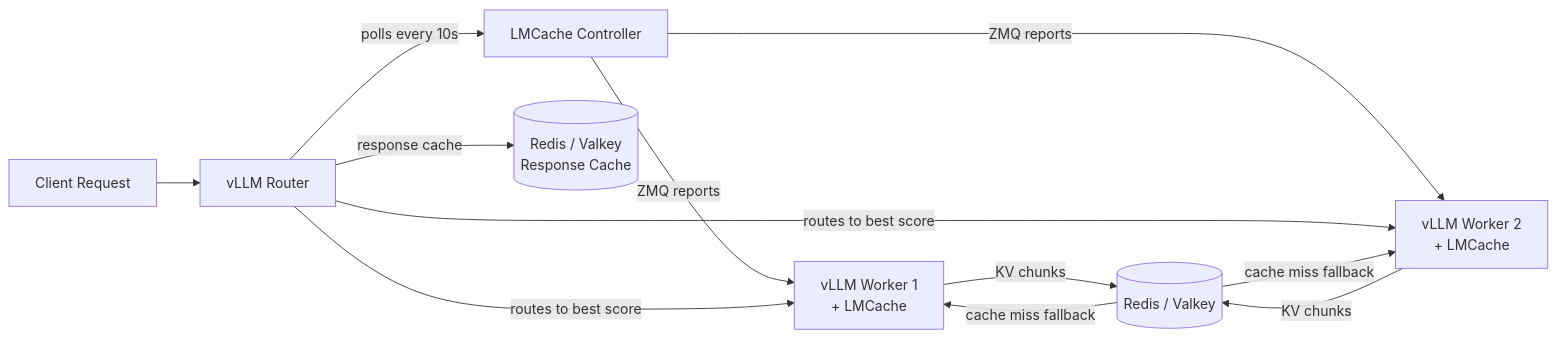
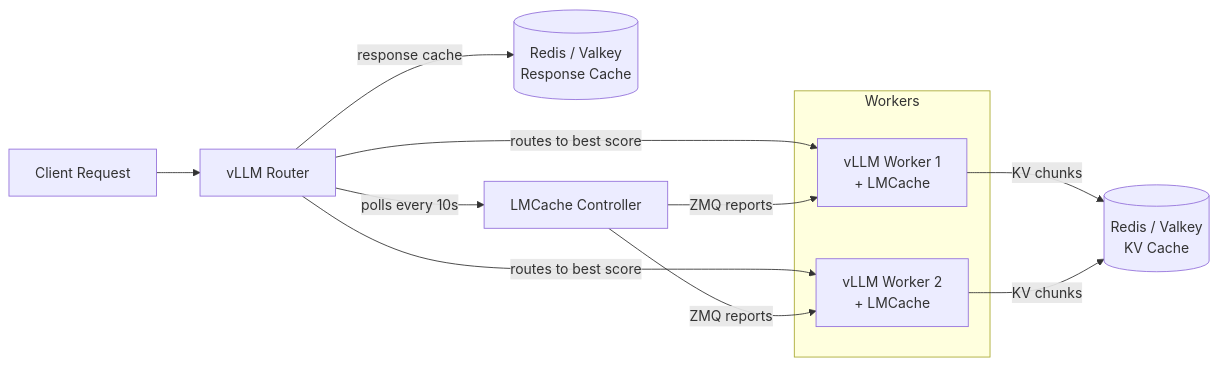
One commit to bet0x/barrahome-2026 changed the first of 2 diagrams in 2026/03/06/vllm-router-lmcache-aware-routing.md. Above: the diagram before and after it, drawn with Mermaid.

Commit message:
Group vLLM workers in subgraph in architecture diagram

```diff
--- a/2026/03/06/vllm-router-lmcache-aware-routing.md
+++ b/2026/03/06/vllm-router-lmcache-aware-routing.md
@@ -40,14 +40,18 @@
 <div class="mermaid">
 graph LR
     C[Client Request] --> R[vLLM Router]
+    R -->|response cache| RR[(Redis / Valkey<br/>Response Cache)]
     R -->|polls every 10s| LC[LMCache Controller]
-    LC -->|ZMQ reports| W1[vLLM Worker 1<br/>+ LMCache]
-    LC -->|ZMQ reports| W2[vLLM Worker 2<br/>+ LMCache]
     R -->|routes to best score| W1
     R -->|routes to best score| W2
-    W1 -->|KV chunks| RD[(Redis / Valkey)]
+
+    subgraph Workers
+        W1[vLLM Worker 1<br/>+ LMCache]
+        W2[vLLM Worker 2<br/>+ LMCache]
+    end
+
+    LC -->|ZMQ reports| W1
+    LC -->|ZMQ reports| W2
+    W1 -->|KV chunks| RD[(Redis / Valkey<br/>KV Cache)]
     W2 -->|KV chunks| RD
-    RD -->|cache miss fallback| W1
-    RD -->|cache miss fallback| W2
-    R -->|response cache| RR[(Redis / Valkey<br/>Response Cache)]
 </div>
```
